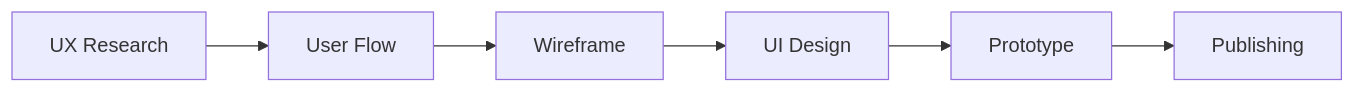
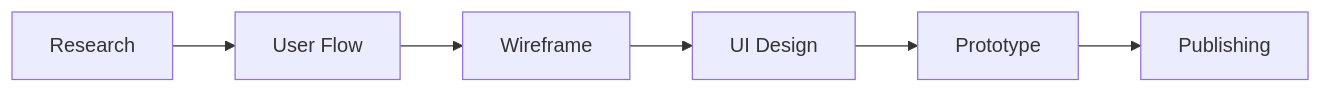
Before and after one commit to appleking7523-source/appleking7523-source: the diagram in README.md, drawn with Mermaid. The commit also changed other lines of this file, not shown here.

````diff
--- a/README.md
+++ b/README.md
@@ -34,11 +23,11 @@
 ```mermaid
 flowchart LR
 
-    A[UX Research]
+    A[Research]
     --> B[User Flow]
     --> C[Wireframe]
     --> D[UI Design]
     --> E[Prototype]
     --> F[Publishing]
 
 ```
````
